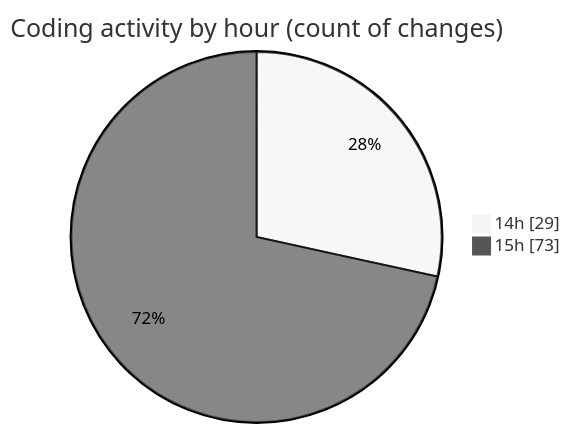
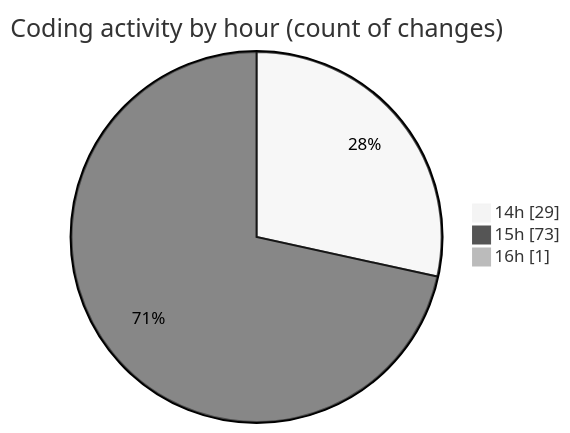
One commit to CELIANVF/code-tracking changed the second of 2 diagrams in 2025-06-05/ecodeli-1/README.md. Above: the diagram before and after it, drawn with Mermaid (neutral theme). The commit also changed other lines of this file and 1 other file, not shown here.

````diff
--- a/2025-06-05/ecodeli-1/README.md
+++ b/2025-06-05/ecodeli-1/README.md
@@ -64,6 +64,7 @@
 ```mermaid
 pie showData
 title Coding activity by hour (count of changes)
 "14h" : 29
 "15h" : 73
+"16h" : 1
 ```
````
